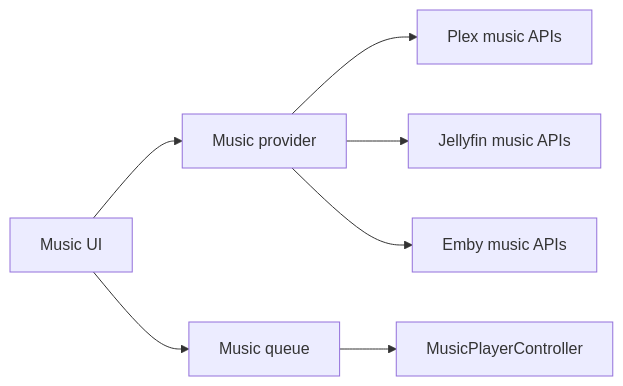
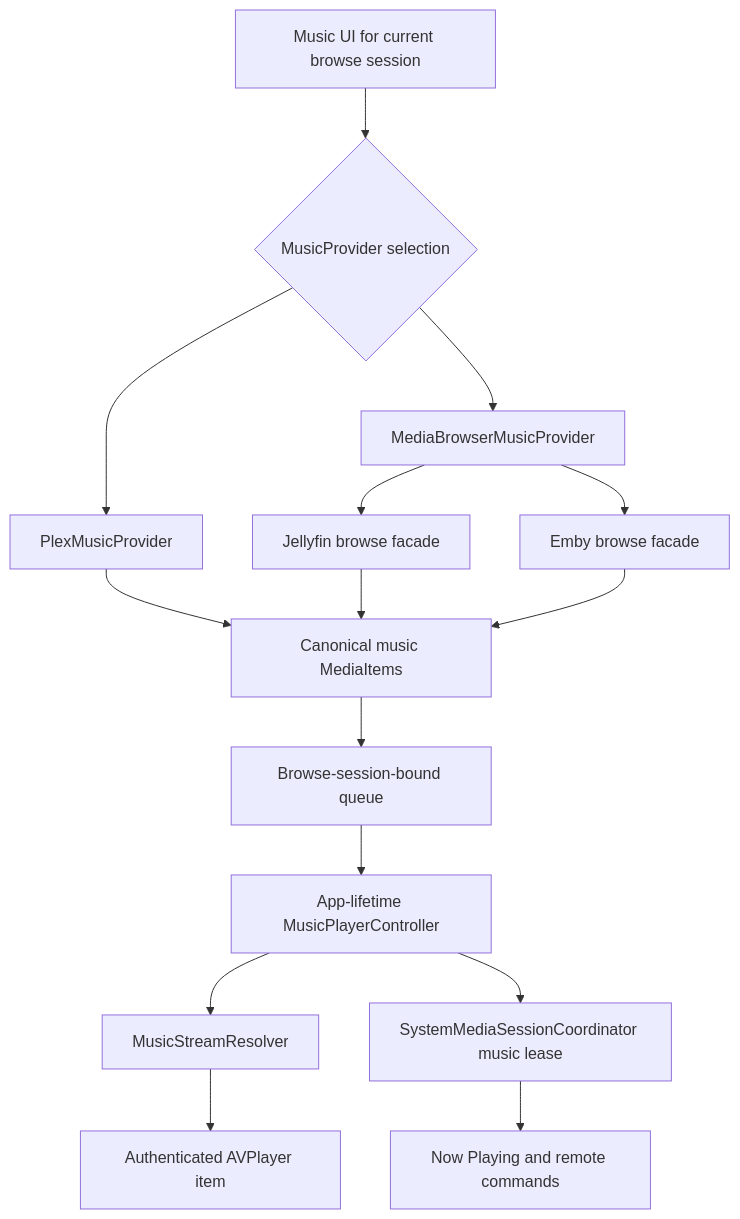
One commit to jlipworth/Labstream changed the diagram in docs/MUSIC-DESIGN.md. Above: the diagram before and after it, drawn with Mermaid. The commit also changed 44 other files, not shown here.

````diff
--- a/docs/MUSIC-DESIGN.md
+++ b/docs/MUSIC-DESIGN.md
@@ -5,9 +5,19 @@
 ```mermaid
-flowchart LR
-  UI[Music UI] --> Provider[Music provider]
-  Provider --> Plex[Plex music APIs]
-  Provider --> Jellyfin[Jellyfin music APIs]
-  Provider --> Emby[Emby music APIs]
-  UI --> Queue[Music queue]
-  Queue --> Player[MusicPlayerController]
+flowchart TD
+  accTitle: Music browse, playback, and system-media boundaries
+  accDescr: The music UI selects a provider for the current browse session. Plex has its own provider, while Jellyfin and Emby share a bounded MediaBrowser provider. The selected tracks enter an app-lifetime queue and player, which resolves backend-authenticated streams and temporarily owns system Now Playing through a revocable lease.
+  UI[Music UI for current browse session] --> Provider{MusicProvider selection}
+  Provider --> Plex[PlexMusicProvider]
+  Provider --> MediaBrowser[MediaBrowserMusicProvider]
+  MediaBrowser --> Jellyfin[Jellyfin browse facade]
+  MediaBrowser --> Emby[Emby browse facade]
+  Plex --> Items[Canonical music MediaItems]
+  Jellyfin --> Items
+  Emby --> Items
+  Items --> Queue[Browse-session-bound queue]
+  Queue --> Player[App-lifetime MusicPlayerController]
+  Player --> Resolver[MusicStreamResolver]
+  Resolver --> AV[Authenticated AVPlayer item]
+  Player --> Lease[SystemMediaSessionCoordinator music lease]
+  Lease --> System[Now Playing and remote commands]
 ```
````
